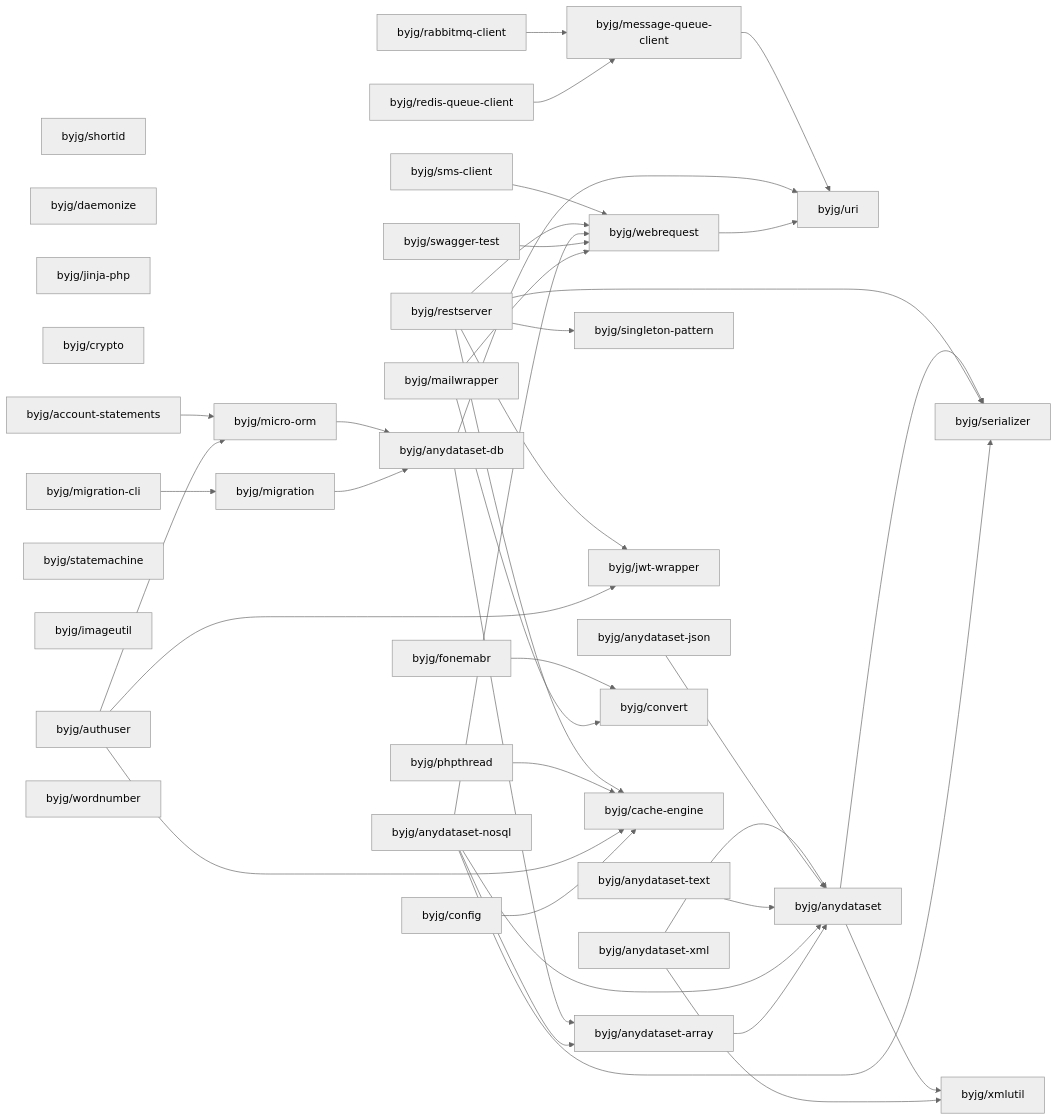
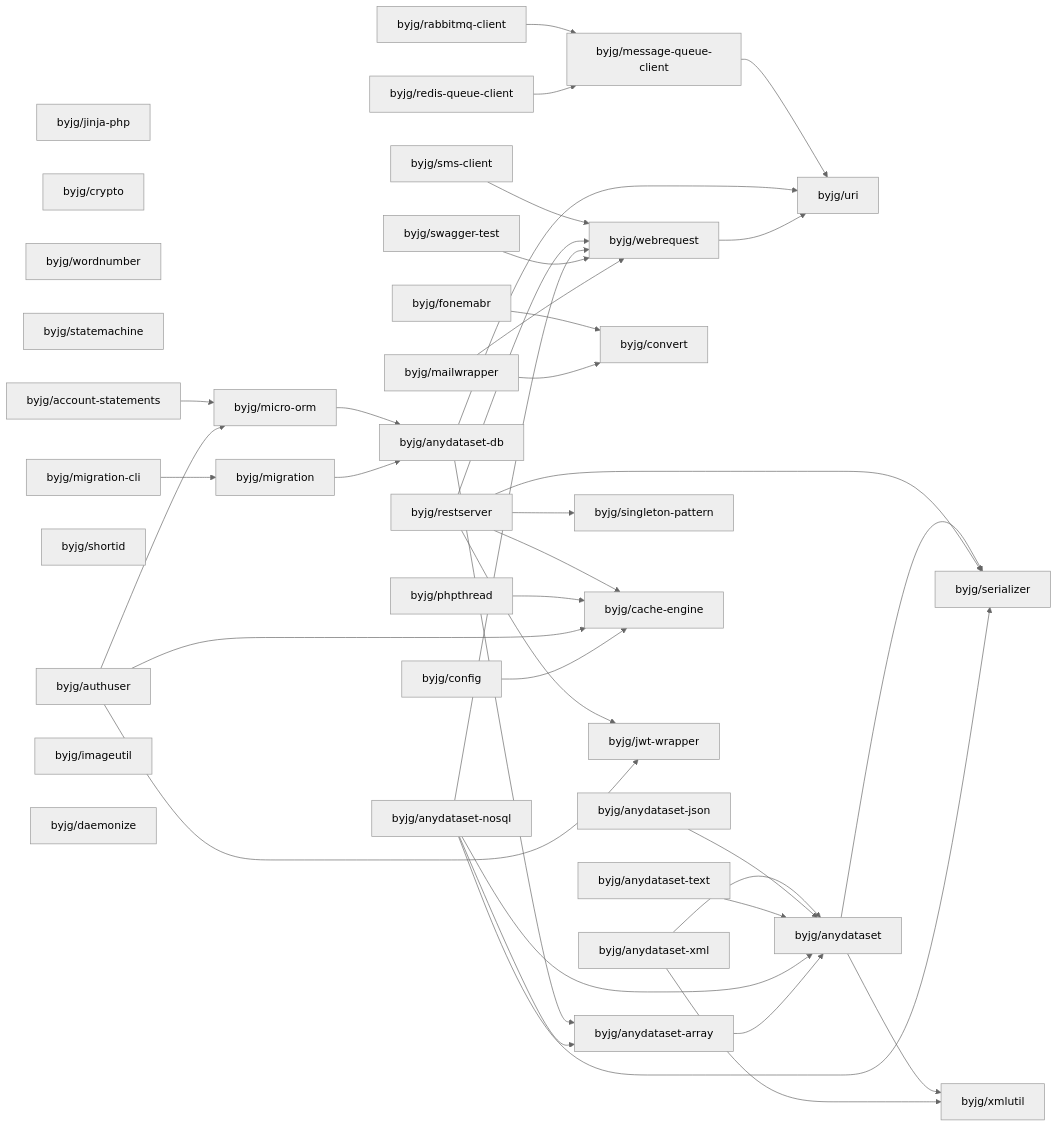
One commit to byjg/byjg.github.io changed the diagram in docs/php/README.md. Above: the diagram before and after it, drawn with Mermaid (neutral theme). The commit also changed other lines of this file, not shown here.

Commit message:
Update documentation 'php' 'php-migration'

````diff
--- a/docs/php/README.md
+++ b/docs/php/README.md
@@ -3,76 +3,76 @@
 ```mermaid
 graph LR;
+  byjg/jinja-php;
+  byjg/phpthread;
+  byjg/sms-client;
+  byjg/crypto;
+  byjg/anydataset-text;
+  byjg/anydataset-json;
+  byjg/rabbitmq-client;
+  byjg/wordnumber;
+  byjg/statemachine;
+  byjg/authuser;
+  byjg/migration-cli;
+  byjg/fonemabr;
+  byjg/anydataset-xml;
   byjg/mailwrapper;
+  byjg/swagger-test;
+  byjg/config;
   byjg/shortid;
+  byjg/account-statements;
   byjg/redis-queue-client;
-  byjg/sms-client;
+  byjg/imageutil;
   byjg/daemonize;
-  byjg/anydataset-text;
-  byjg/swagger-test;
-  byjg/jinja-php;
-  byjg/rabbitmq-client;
-  byjg/phpthread;
-  byjg/anydataset-json;
-  byjg/crypto;
-  byjg/account-statements;
-  byjg/authuser;
   byjg/restserver;
-  byjg/statemachine;
-  byjg/anydataset-xml;
-  byjg/imageutil;
   byjg/anydataset-nosql;
-  byjg/fonemabr;
-  byjg/migration-cli;
-  byjg/wordnumber;
-  byjg/config;
+  byjg/migration;
+  byjg/convert;
+  byjg/micro-orm;
   byjg/message-queue-client;
-  byjg/micro-orm;
   byjg/singleton-pattern;
+  byjg/cache-engine;
   byjg/jwt-wrapper;
   byjg/webrequest;
-  byjg/convert;
-  byjg/migration;
-  byjg/cache-engine;
   byjg/anydataset-db;
   byjg/anydataset-array;
   byjg/uri;
   byjg/anydataset;
   byjg/serializer;
   byjg/xmlutil;
   byjg/account-statements --> byjg/micro-orm;
   byjg/message-queue-client --> byjg/uri;
   byjg/anydataset --> byjg/serializer;
   byjg/anydataset --> byjg/xmlutil;
   byjg/rabbitmq-client --> byjg/message-queue-client;
   byjg/anydataset-xml --> byjg/anydataset;
   byjg/anydataset-xml --> byjg/xmlutil;
   byjg/sms-client --> byjg/webrequest;
   byjg/anydataset-db --> byjg/anydataset-array;
   byjg/anydataset-db --> byjg/uri;
   byjg/micro-orm --> byjg/anydataset-db;
   byjg/anydataset-json --> byjg/anydataset;
   byjg/restserver --> byjg/serializer;
   byjg/restserver --> byjg/singleton-pattern;
   byjg/restserver --> byjg/cache-engine;
   byjg/restserver --> byjg/webrequest;
   byjg/restserver --> byjg/jwt-wrapper;
   byjg/webrequest --> byjg/uri;
   byjg/anydataset-text --> byjg/anydataset;
   byjg/redis-queue-client --> byjg/message-queue-client;
   byjg/phpthread --> byjg/cache-engine;
   byjg/authuser --> byjg/micro-orm;
   byjg/authuser --> byjg/cache-engine;
   byjg/authuser --> byjg/jwt-wrapper;
   byjg/config --> byjg/cache-engine;
   byjg/fonemabr --> byjg/convert;
   byjg/anydataset-nosql --> byjg/anydataset;
   byjg/anydataset-nosql --> byjg/anydataset-array;
   byjg/anydataset-nosql --> byjg/serializer;
   byjg/anydataset-nosql --> byjg/webrequest;
   byjg/anydataset-array --> byjg/anydataset;
   byjg/swagger-test --> byjg/webrequest;
   byjg/migration-cli --> byjg/migration;
   byjg/migration --> byjg/anydataset-db;
   byjg/mailwrapper --> byjg/convert;
   byjg/mailwrapper --> byjg/webrequest;
 ```
````
